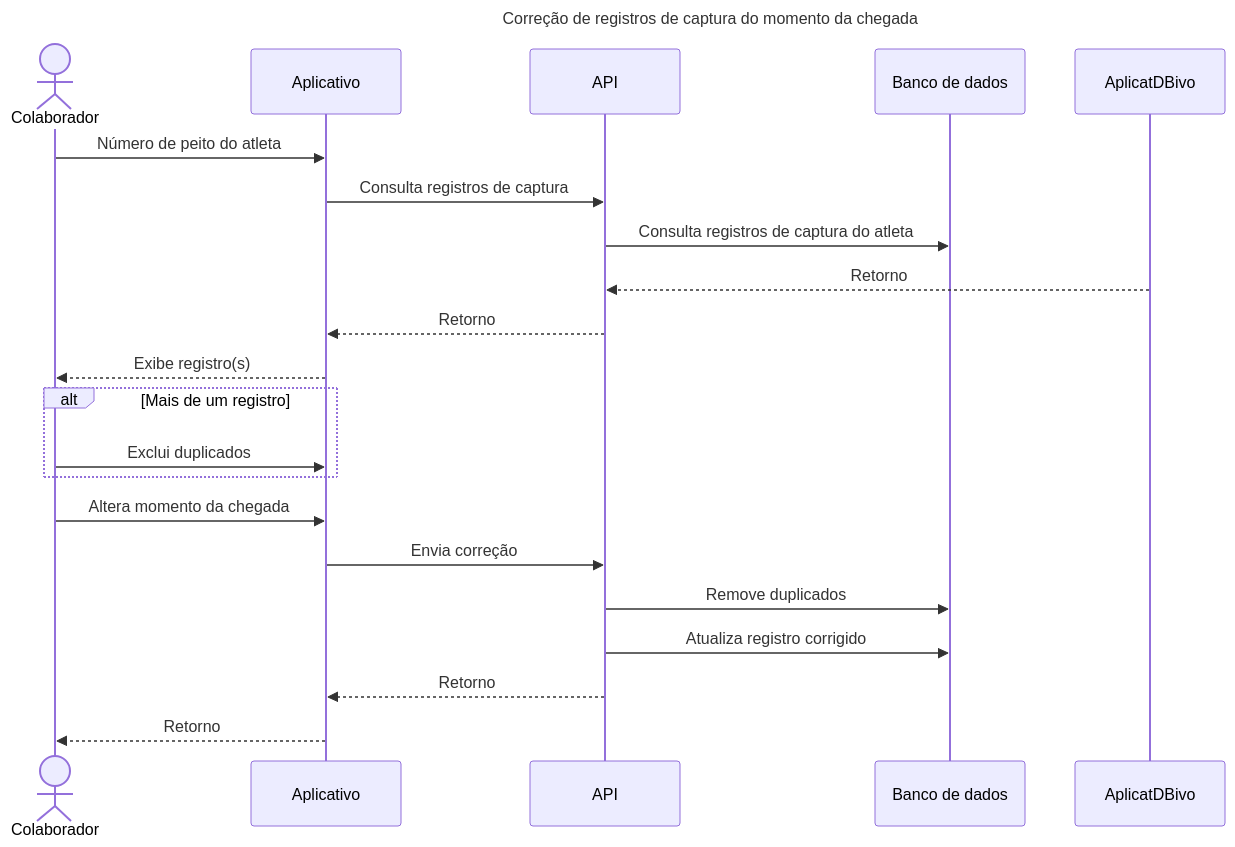
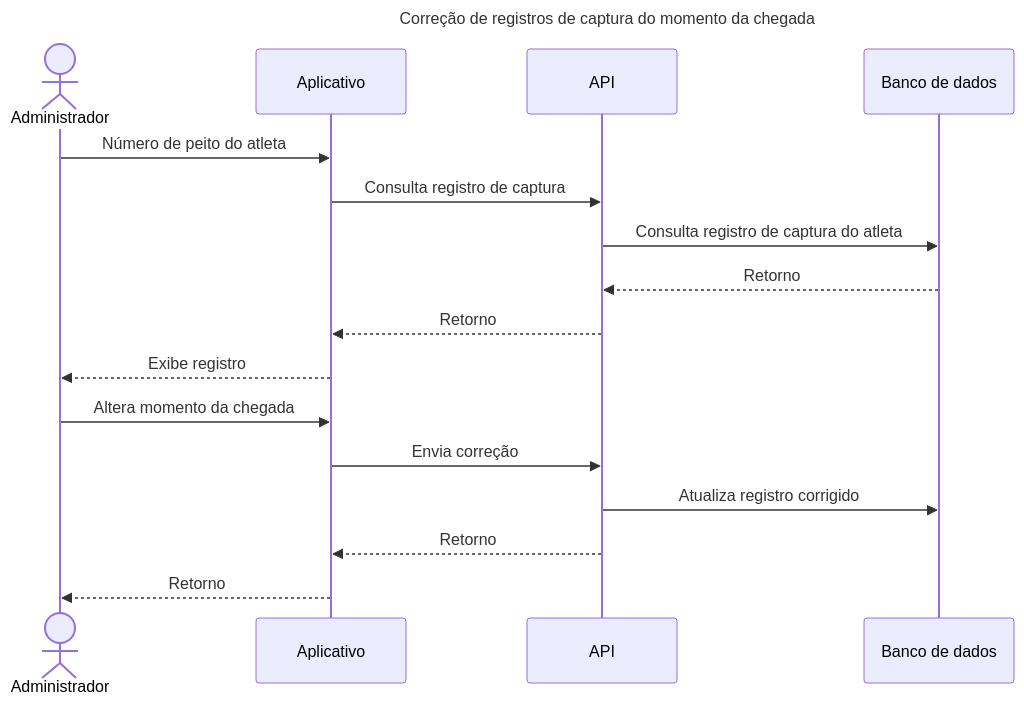
The diagram in designer/diagrams/features/fix_capture_moment_arrival.md (brgilsonsp/corrida_familia_piba), drawn with Mermaid before and after one commit. The commit also changed 15 other files, not shown here.

````diff
--- a/designer/diagrams/features/fix_capture_moment_arrival.md
+++ b/designer/diagrams/features/fix_capture_moment_arrival.md
@@ -1,25 +1,21 @@
 ```mermaid
 sequenceDiagram
     title Correção de registros de captura do momento da chegada
 
-    actor Colaborador as Colaborador
+    actor Admin as Administrador
     participant Aplicativo as Aplicativo
     participant API as API
     participant DB as Banco de dados
 
-    Colaborador->>Aplicativo: Número de peito do atleta
-    Aplicativo->>API: Consulta registros de captura
-    API->>DB: Consulta registros de captura do atleta
-    AplicatDBivo-->>API: Retorno
+    Admin->>Aplicativo: Número de peito do atleta
+    Aplicativo->>API: Consulta registro de captura
+    API->>DB: Consulta registro de captura do atleta
+    DB-->>API: Retorno
     API-->>Aplicativo: Retorno
-    Aplicativo-->>Colaborador: Exibe registro(s)
-    alt Mais de um registro
-        Colaborador->>Aplicativo: Exclui duplicados
-    end
-    Colaborador->>Aplicativo: Altera momento da chegada
+    Aplicativo-->>Admin: Exibe registro
+    Admin->>Aplicativo: Altera momento da chegada
     Aplicativo->>API: Envia correção
-    API->>DB: Remove duplicados
     API->>DB: Atualiza registro corrigido
     API-->>Aplicativo: Retorno
-    Aplicativo-->>Colaborador: Retorno
+    Aplicativo-->>Admin: Retorno
 ```
````
